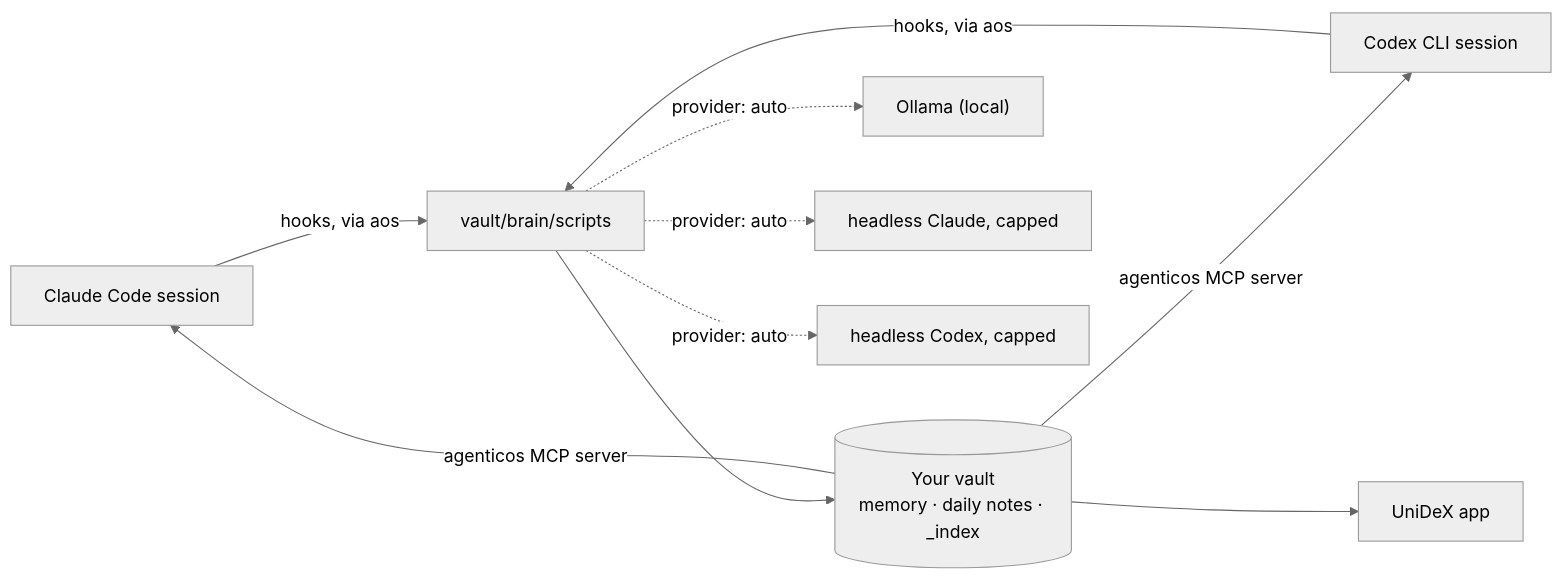
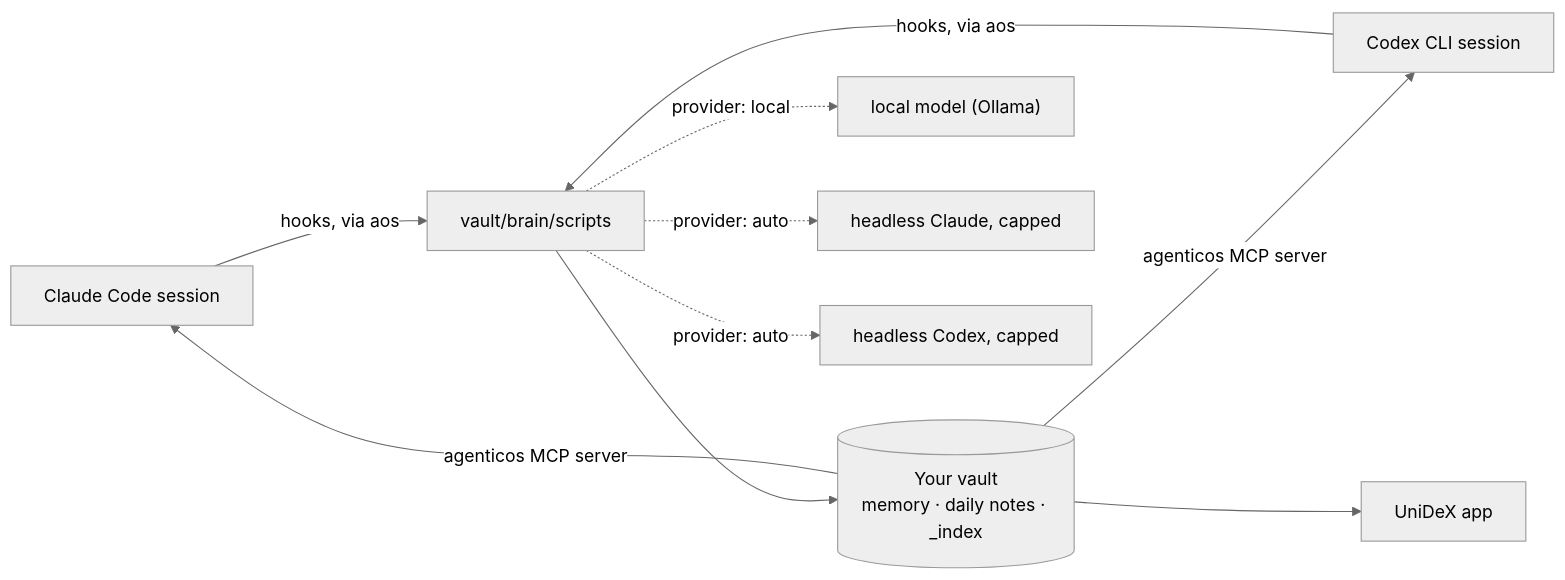
One commit to zzoretich/UniDeX-Agent-Harness changed the second of 2 diagrams in README.md. Above: the diagram before and after it, drawn with Mermaid (neutral theme). The commit also changed other lines of this file and 37 other files, not shown here.

````diff
--- a/README.md
+++ b/README.md
@@ -529,12 +531,12 @@
 ```mermaid
 flowchart LR
   CC["Claude Code session"] -- "hooks, via aos" --> RT["vault/brain/scripts"]
   CX["Codex CLI session"] -- "hooks, via aos" --> RT
   RT --> V[("Your vault<br/>memory · daily notes · _index")]
   V -- "agenticos MCP server" --> CC
   V -- "agenticos MCP server" --> CX
   V --> HUD["UniDeX app"]
-  RT -. "provider: auto" .-> OL["Ollama (local)"]
+  RT -. "provider: local" .-> OL["local model (Ollama)"]
   RT -. "provider: auto" .-> HC["headless Claude, capped"]
   RT -. "provider: auto" .-> HX["headless Codex, capped"]
 ```
````
